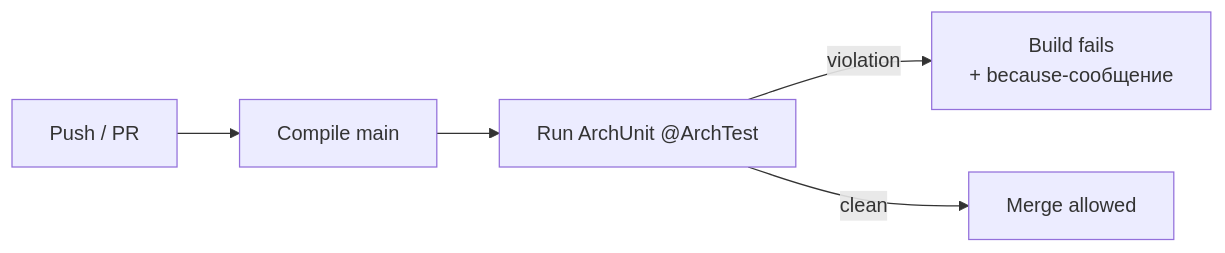
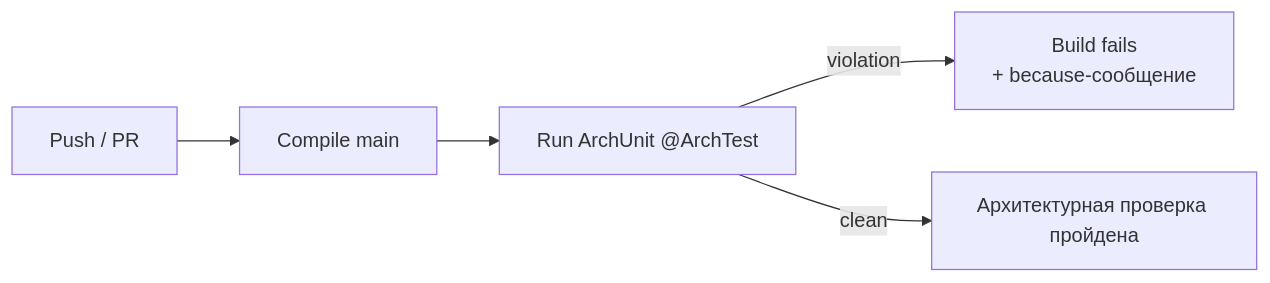
Before and after one commit to akeverus/cheat-sheet: the third of 4 diagrams in cheatsheets/interview/testing/archunit-interview.md, drawn with Mermaid. The commit also changed other lines of this file and 1 other file, not shown here.

Commit message:
Correct ArchUnit architecture cache and freeze guidance

````diff
--- a/cheatsheets/interview/testing/archunit-interview.md
+++ b/cheatsheets/interview/testing/archunit-interview.md
@@ -472,7 +502,7 @@
 ```mermaid
 flowchart LR
     A["Push / PR"] --> B["Compile main"]
     B --> C["Run ArchUnit @ArchTest"]
     C -->|violation| D["Build fails<br/>+ because-сообщение"]
-    C -->|clean| E["Merge allowed"]
+    C -->|clean| E["Архитектурная проверка пройдена"]
 ```
````
